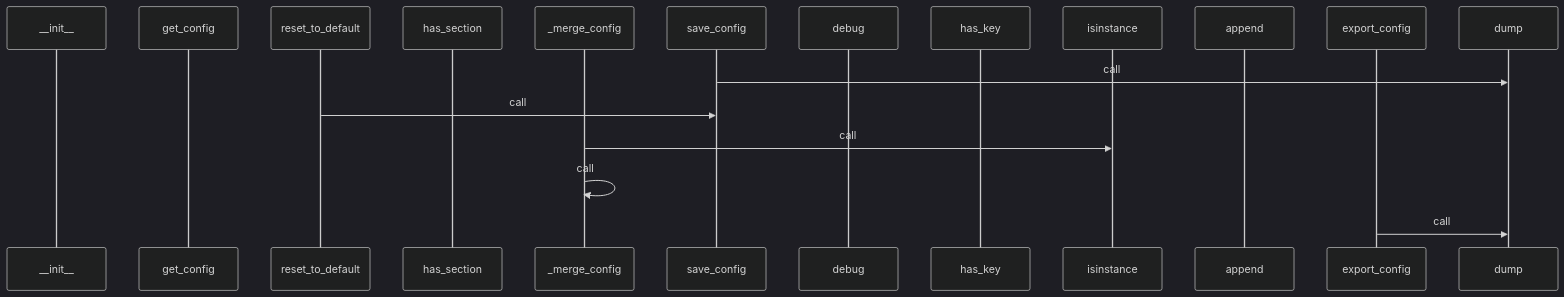
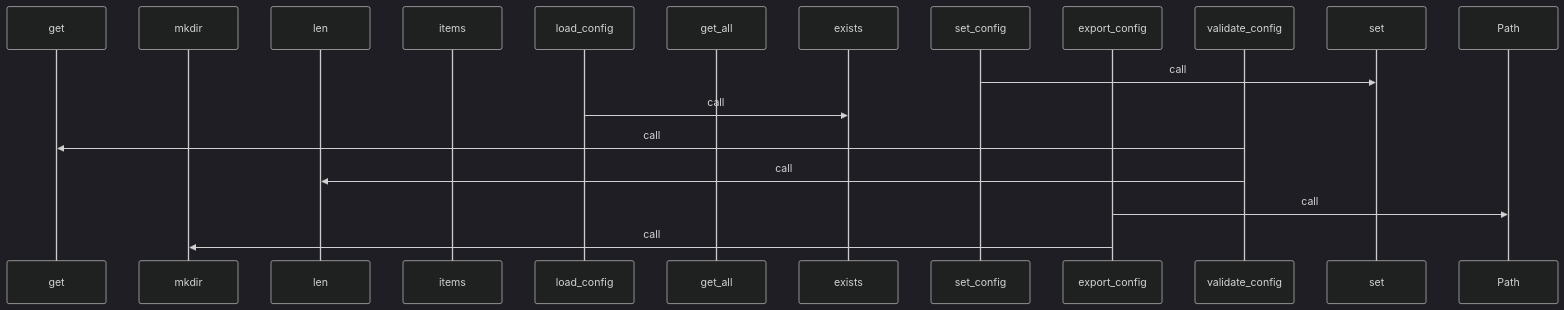
Before and after one commit to yeonjae-personal/codemuse-backend: the fifth of 6 diagrams in generated_docs/rule_analyzer/shared/config/config_manager.md, drawn with Mermaid (dark theme). The commit also changed other lines of this file and 3991 other files, not shown here.

First line of the commit message:
feat: 워크플로우 개선 및 핵심 문서 자동 생성 구현

````diff
--- a/generated_docs/rule_analyzer/shared/config/config_manager.md
+++ b/generated_docs/rule_analyzer/shared/config/config_manager.md
@@ -369,20 +369,21 @@
 ```mermaid
 sequenceDiagram
-  participant __init__ as __init__
-  participant get_config as get_config
-  participant reset_to_default as reset_to_default
-  participant has_section as has_section
-  participant _merge_config as _merge_config
-  participant save_config as save_config
-  participant debug as debug
-  participant has_key as has_key
-  participant isinstance as isinstance
-  participant append as append
+  participant get as get
+  participant mkdir as mkdir
+  participant len as len
+  participant items as items
+  participant load_config as load_config
+  participant get_all as get_all
+  participant exists as exists
+  participant set_config as set_config
   participant export_config as export_config
-  participant dump as dump
-  save_config->>dump: call
-  reset_to_default->>save_config: call
-  _merge_config->>isinstance: call
-  _merge_config->>_merge_config: call
-  export_config->>dump: call
+  participant validate_config as validate_config
+  participant set as set
+  participant Path as Path
+  set_config->>set: call
+  load_config->>exists: call
+  validate_config->>get: call
+  validate_config->>len: call
+  export_config->>Path: call
+  export_config->>mkdir: call
 ```
````
